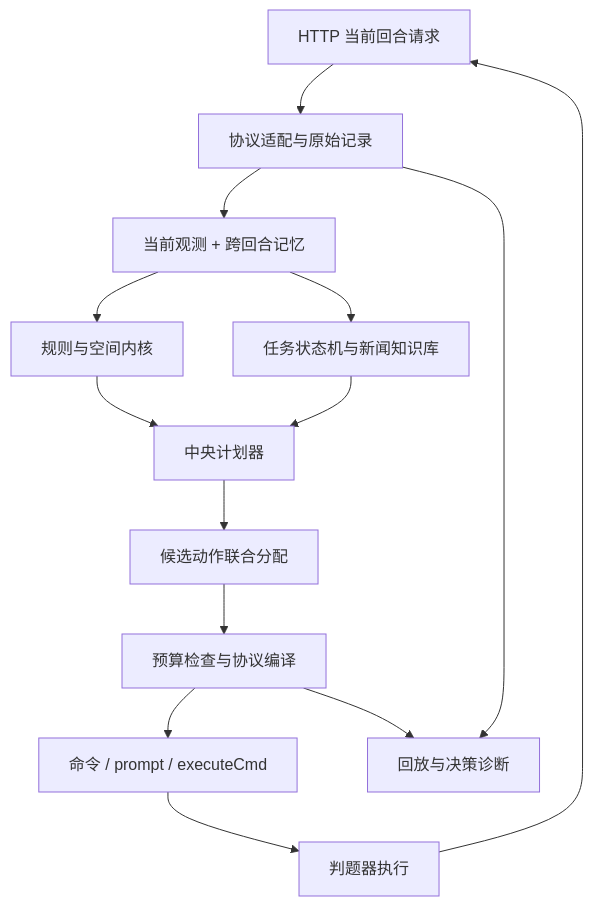
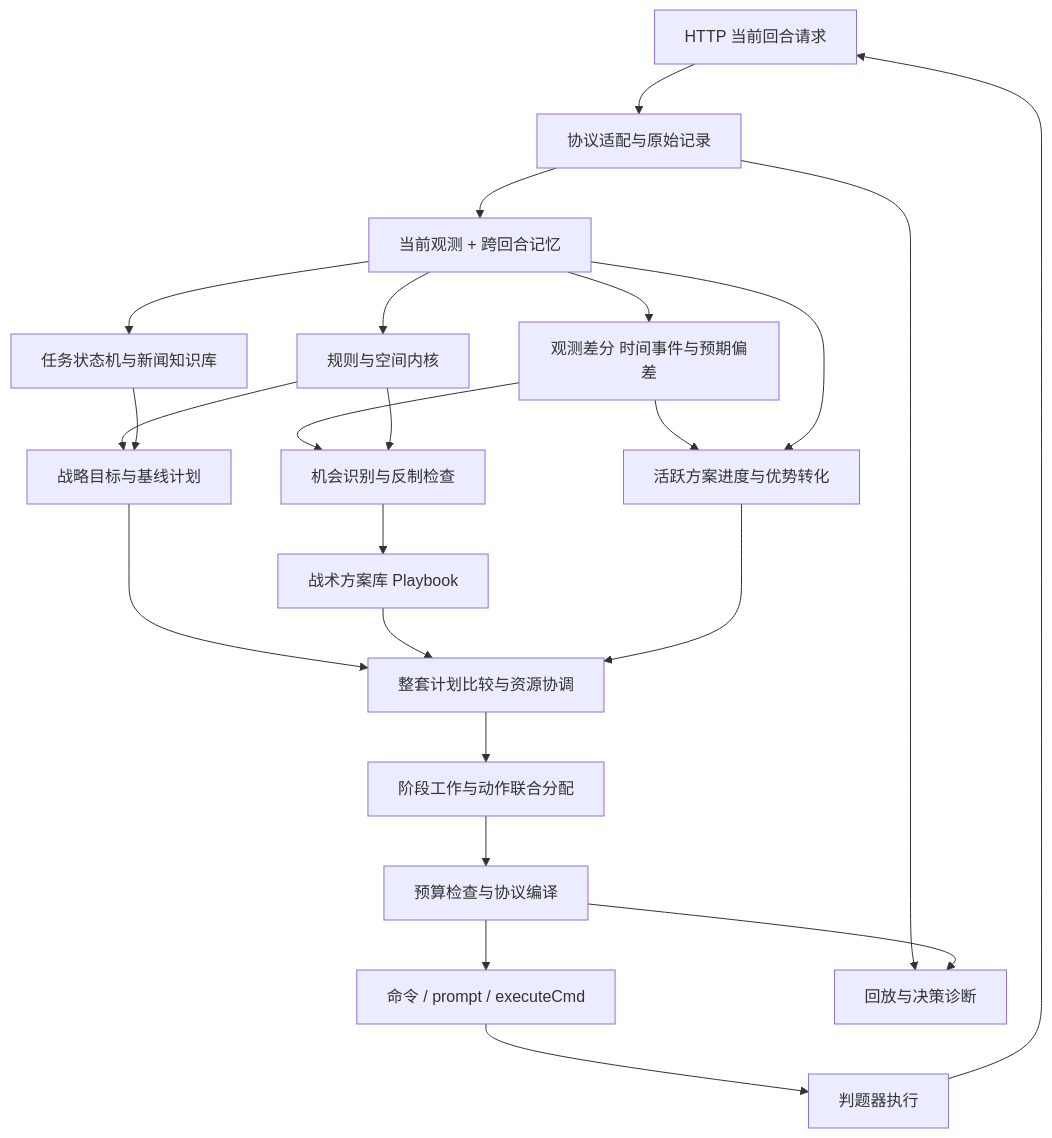
One commit to hughxx/uv changed the first of 2 diagrams in docs/analysis/architecture.md. Above: the diagram before and after it, drawn with Mermaid. The commit also changed other lines of this file and 6 other files, not shown here.

````diff
--- a/docs/analysis/architecture.md
+++ b/docs/analysis/architecture.md
@@ -15,16 +17,25 @@
 ```mermaid
 flowchart TD
     A[HTTP 当前回合请求] --> B[协议适配与原始记录]
     B --> C[当前观测 + 跨回合记忆]
     C --> D[规则与空间内核]
-    D --> E[中央计划器]
+    C --> V[观测差分 时间事件与预期偏差]
+    V --> O
+    V --> R
+    D --> E[战略目标与基线计划]
+    D --> O[机会识别与反制检查]
+    O --> L[战术方案库 Playbook]
+    C --> R[活跃方案进度与优势转化]
     C --> F[任务状态机与新闻知识库]
     F --> E
-    E --> G[候选动作联合分配]
+    E --> P[整套计划比较与资源协调]
+    L --> P
+    R --> P
+    P --> G[阶段工作与动作联合分配]
     G --> H[预算检查与协议编译]
     H --> I[命令 / prompt / executeCmd]
     I --> J[判题器执行]
     J --> A
     B --> K[回放与决策诊断]
     H --> K
 ```
````
